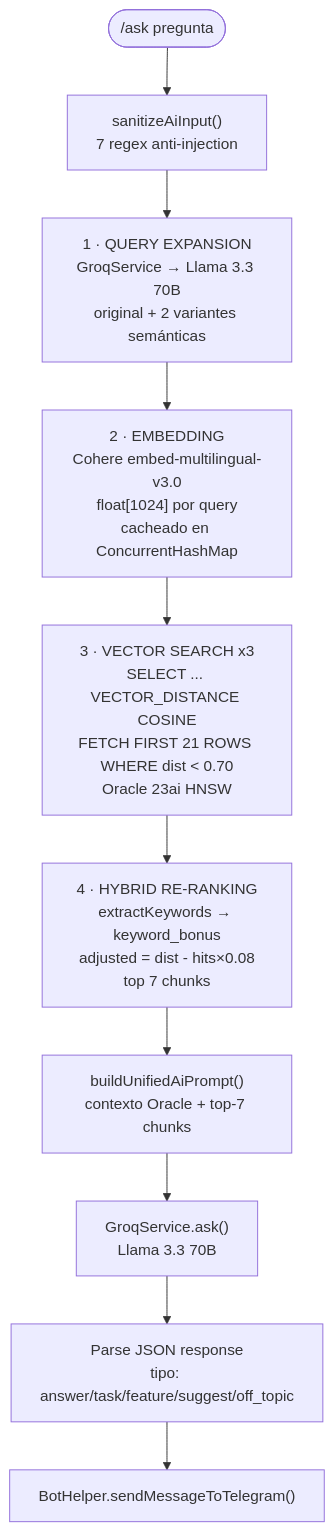
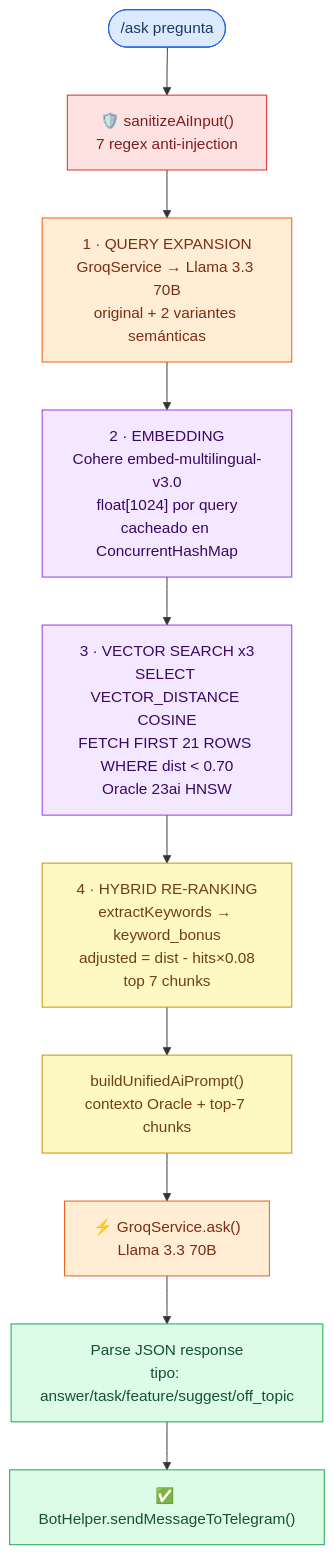
The diagram in website/docs/flows/rag.md (LosPapois/LosPapois_TaskTuner), drawn with Mermaid before and after one commit. The commit also changed 6 other files, not shown here.

First line of the commit message:
feat(docs): add colors to all Mermaid diagrams

````diff
--- a/website/docs/flows/rag.md
+++ b/website/docs/flows/rag.md
@@ -9,12 +9,26 @@
 ```mermaid
 flowchart TD
-    Ask(["/ask pregunta"]) --> Sanitize["sanitizeAiInput()\n7 regex anti-injection"]
+    Ask(["/ask pregunta"]) --> Sanitize["🛡️ sanitizeAiInput()\n7 regex anti-injection"]
     Sanitize --> Expand["1 · QUERY EXPANSION\nGroqService → Llama 3.3 70B\noriginal + 2 variantes semánticas"]
     Expand --> Embed["2 · EMBEDDING\nCohere embed-multilingual-v3.0\nfloat[1024] por query\ncacheado en ConcurrentHashMap"]
-    Embed --> VSearch["3 · VECTOR SEARCH x3\nSELECT ... VECTOR_DISTANCE COSINE\nFETCH FIRST 21 ROWS WHERE dist < 0.70\nOracle 23ai HNSW"]
+    Embed --> VSearch["3 · VECTOR SEARCH x3\nSELECT VECTOR_DISTANCE COSINE\nFETCH FIRST 21 ROWS WHERE dist &lt; 0.70\nOracle 23ai HNSW"]
     VSearch --> Rerank["4 · HYBRID RE-RANKING\nextractKeywords → keyword_bonus\nadjusted = dist - hits×0.08\ntop 7 chunks"]
     Rerank --> Prompt["buildUnifiedAiPrompt()\ncontexto Oracle + top-7 chunks"]
-    Prompt --> LLM["GroqService.ask()\nLlama 3.3 70B"]
+    Prompt --> LLM["⚡ GroqService.ask()\nLlama 3.3 70B"]
     LLM --> Parse["Parse JSON response\ntipo: answer/task/feature/suggest/off_topic"]
-    Parse --> Send["BotHelper.sendMessageToTelegram()"]
+    Parse --> Send["✅ BotHelper.sendMessageToTelegram()"]
+
+    classDef trigger fill:#DBEAFE,stroke:#2563EB,color:#1E3A5F
+    classDef security fill:#FEE2E2,stroke:#DC2626,color:#7F1D1D
+    classDef ai fill:#FFEDD5,stroke:#EA580C,color:#7C2D12
+    classDef vector fill:#F3E8FF,stroke:#9333EA,color:#3B0764
+    classDef rerank fill:#FEF9C3,stroke:#CA8A04,color:#713F12
+    classDef done fill:#DCFCE7,stroke:#16A34A,color:#14532D
+
+    class Ask trigger
+    class Sanitize security
+    class Expand,LLM ai
+    class Embed,VSearch vector
+    class Rerank,Prompt rerank
+    class Parse,Send done
 ```
````
